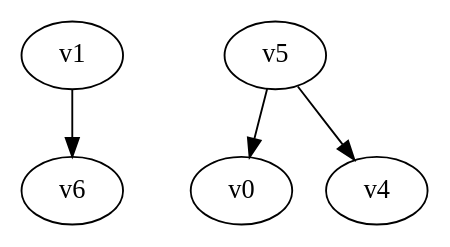
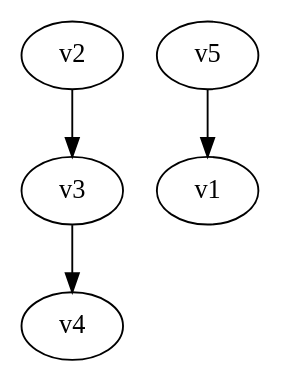
One commit to yadej/graph_project changed the diagram in digraph.dot. Above: the diagram before and after it, drawn with Graphviz. The commit also changed 3 other files, not shown here.

```diff
--- a/digraph.dot
+++ b/digraph.dot
@@ -1,5 +1,4 @@
 digraph G { 
-v1 -> v6;
-v5 -> v0;
-v5 -> v4;
+v2 -> v3 -> v4;
+v5 -> v1;
 }
```
